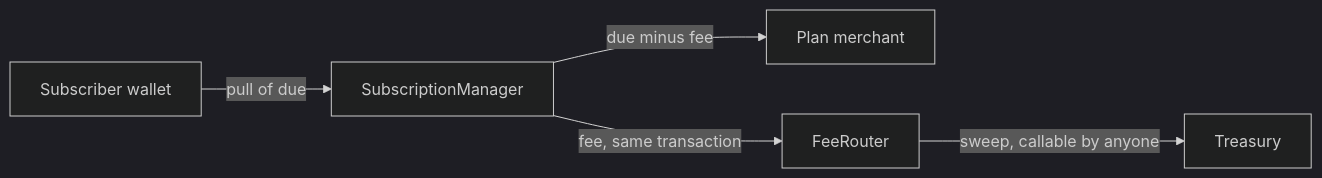
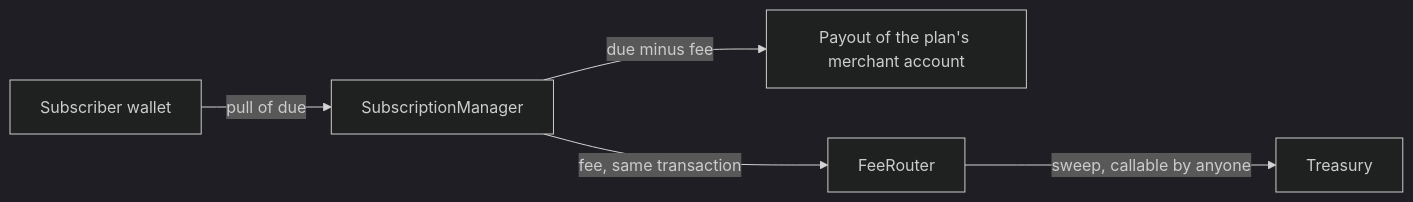
The second of 2 diagrams in docs/wiki/Charging-and-Fees.md (RunTimeAdmin/levy), drawn with Mermaid (dark theme) before and after one commit. The commit also changed other lines of this file and 50 other files, not shown here.

````diff
--- a/docs/wiki/Charging-and-Fees.md
+++ b/docs/wiki/Charging-and-Fees.md
@@ -71,7 +75,7 @@
 ```mermaid
 flowchart LR
     S["Subscriber wallet"] -->|"pull of due"| M["SubscriptionManager"]
-    M -->|"due minus fee"| W["Plan merchant"]
+    M -->|"due minus fee"| W["Payout of the plan's merchant account"]
     M -->|"fee, same transaction"| R["FeeRouter"]
     R -->|"sweep, callable by anyone"| T["Treasury"]
 ```
````
